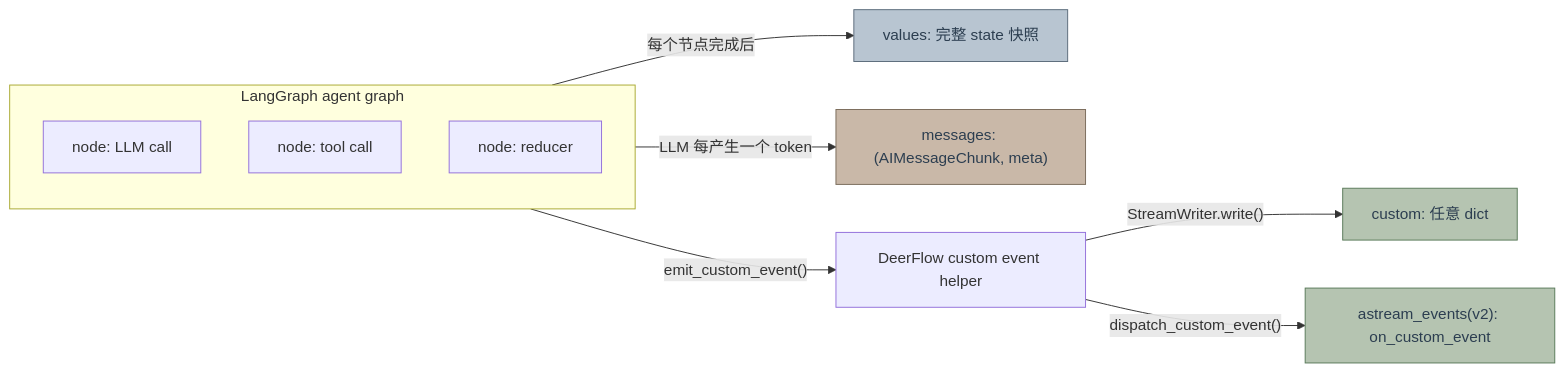
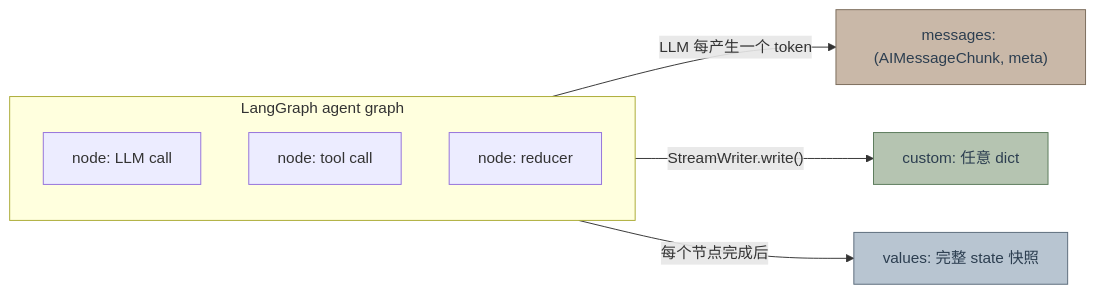
The first of 5 diagrams in backend/docs/STREAMING.md (yogyoho/eai-flow-main), drawn with Mermaid before and after one commit. The commit also changed other lines of this file and 142 other files, not shown here.

````diff
--- a/backend/docs/STREAMING.md
+++ b/backend/docs/STREAMING.md
@@ -53,24 +53,21 @@
 ```mermaid
 flowchart LR
     classDef values fill:#B8C5D1,stroke:#5A6B7A,color:#2C3E50
     classDef messages fill:#C9B8A8,stroke:#7A6B5A,color:#2C3E50
     classDef custom fill:#B5C4B1,stroke:#5A7A5A,color:#2C3E50
 
     subgraph LG["LangGraph agent graph"]
         direction TB
         Node1["node: LLM call"]
         Node2["node: tool call"]
         Node3["node: reducer"]
     end
 
     LG -->|"每个节点完成后"| V["values: 完整 state 快照"]
     Node1 -->|"LLM 每产生一个 token"| M["messages: (AIMessageChunk, meta)"]
-    Node1 -->|"emit_custom_event()"| E["DeerFlow custom event helper"]
-    E -->|"StreamWriter.write()"| C["custom: 任意 dict"]
-    E -->|"dispatch_custom_event()"| A["astream_events(v2): on_custom_event"]
+    Node1 -->|"StreamWriter.write()"| C["custom: 任意 dict"]
 
     class V values
     class M messages
     class C custom
-    class A custom
 ```
````
